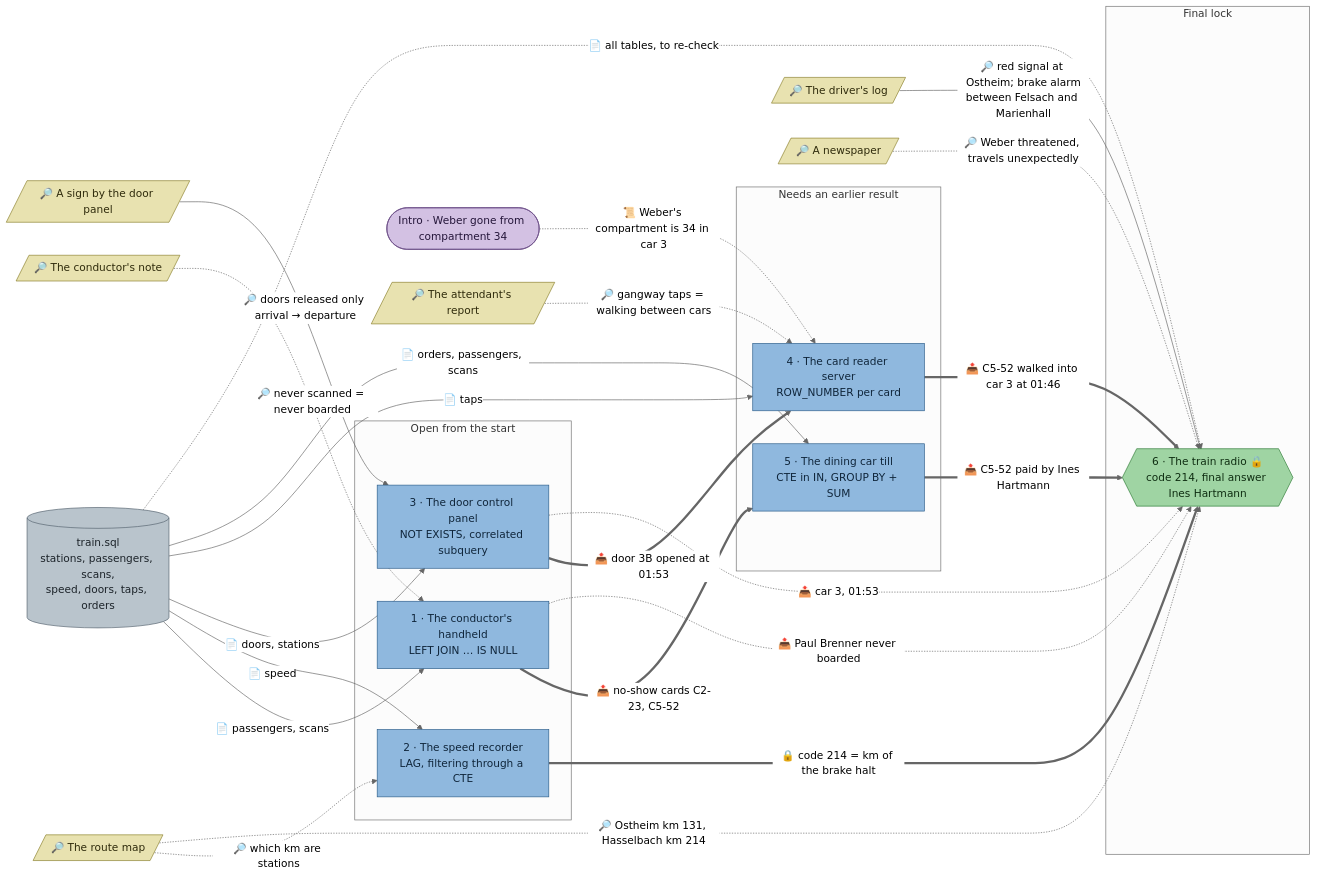
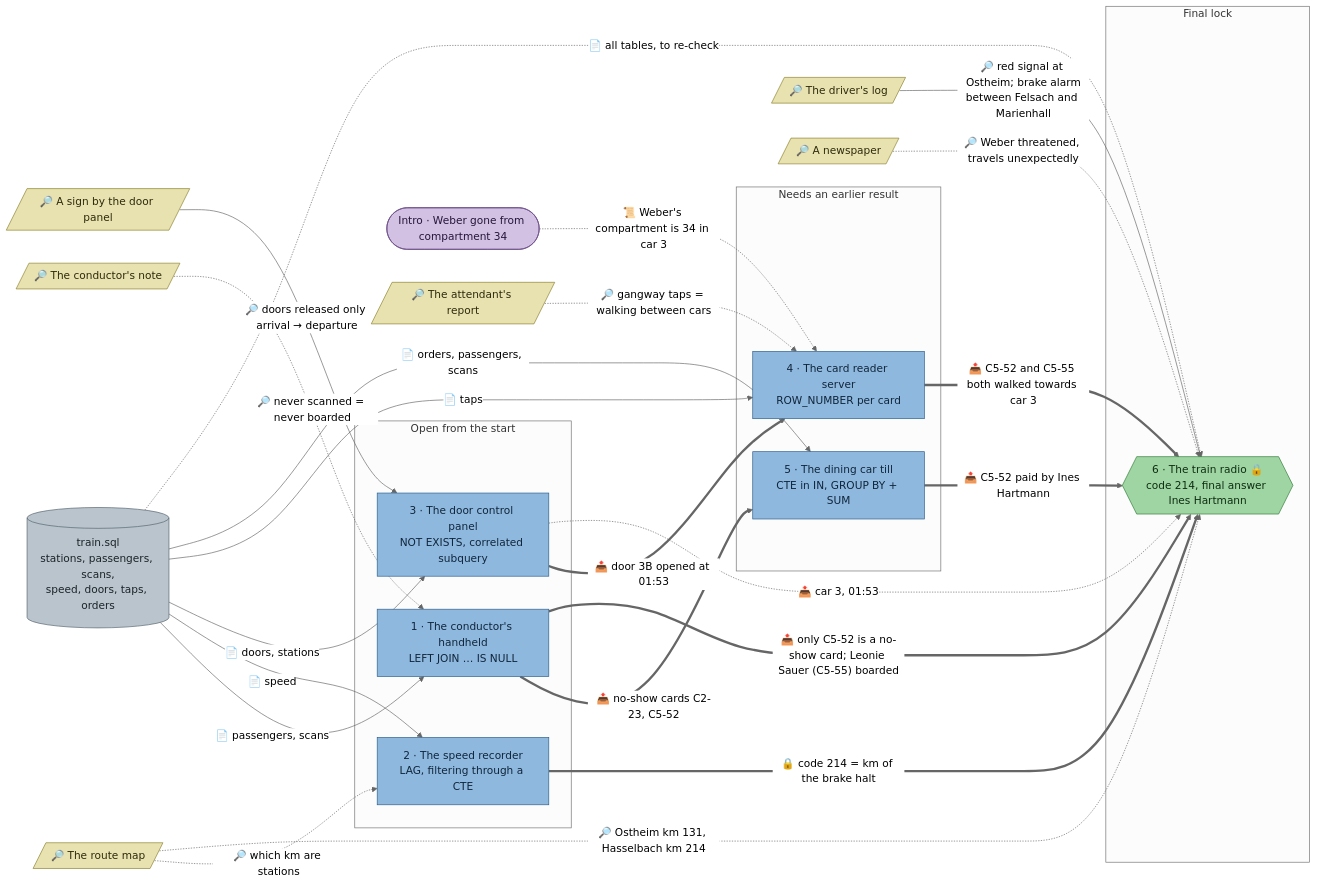
One commit to mhoffmann-wbs/DataScienceEscapeRooms changed the diagram in docs/flows/sql-train.md. Above: the diagram before and after it, drawn with Mermaid (neutral theme). The commit also changed other lines of this file and 7 other files, not shown here.

````diff
--- a/docs/flows/sql-train.md
+++ b/docs/flows/sql-train.md
@@ -5,65 +5,65 @@
 ```mermaid
 flowchart LR
   intro(["Intro · Weber gone from compartment 34"])
 
   conductornote[/"🔎 The conductor's note"/]
   routemap[/"🔎 The route map"/]
   doorsign[/"🔎 A sign by the door panel"/]
   attendantreport[/"🔎 The attendant's report"/]
   driverlog[/"🔎 The driver's log"/]
   newspaper[/"🔎 A newspaper"/]
 
   d_train[("train.sql<br/>stations, passengers, scans,<br/>speed, doors, taps, orders")]
 
   subgraph p1["Open from the start"]
     handheld["1 · The conductor's handheld<br/>LEFT JOIN … IS NULL"]
     speed["2 · The speed recorder<br/>LAG, filtering through a CTE"]
     doors["3 · The door control panel<br/>NOT EXISTS, correlated subquery"]
   end
 
   subgraph p2["Needs an earlier result"]
     cards["4 · The card reader server<br/>ROW_NUMBER per card"]
     till["5 · The dining car till<br/>CTE in IN, GROUP BY + SUM"]
   end
 
   subgraph p3["Final lock"]
     radio{{"6 · The train radio 🔒<br/>code 214, final answer Ines Hartmann"}}
   end
 
   d_train -->|"📄 passengers, scans"| handheld
   d_train -->|"📄 speed"| speed
   d_train -->|"📄 doors, stations"| doors
   d_train -->|"📄 taps"| cards
   d_train -->|"📄 orders, passengers, scans"| till
   d_train -.->|"📄 all tables, to re-check"| radio
 
   conductornote -.->|"🔎 never scanned = never boarded"| handheld
   routemap -.->|"🔎 which km are stations"| speed
   doorsign -->|"🔎 doors released only arrival → departure"| doors
   attendantreport -.->|"🔎 gangway taps = walking between cars"| cards
   driverlog -->|"🔎 red signal at Ostheim; brake alarm<br/>between Felsach and Marienhall"| radio
   routemap -.->|"🔎 Ostheim km 131, Hasselbach km 214"| radio
   newspaper -.->|"🔎 Weber threatened, travels unexpectedly"| radio
   intro -.->|"📜 Weber's compartment is 34 in car 3"| cards
 
   doors ==>|"📤 door 3B opened at 01:53"| cards
   handheld ==>|"📤 no-show cards C2-23, C5-52"| till
 
   speed ==>|"🔒 code 214 = km of the brake halt"| radio
-  cards ==>|"📤 C5-52 walked into car 3 at 01:46"| radio
+  cards ==>|"📤 C5-52 and C5-55 both walked towards car 3"| radio
   till ==>|"📤 C5-52 paid by Ines Hartmann"| radio
-  handheld -.->|"📤 Paul Brenner never boarded"| radio
+  handheld ==>|"📤 only C5-52 is a no-show card; Leonie Sauer (C5-55) boarded"| radio
   doors -.->|"📤 car 3, 01:53"| radio
 
   classDef station fill:#8fb8de,stroke:#2b5d8a,color:#10263b
   classDef locked fill:#e0b36a,stroke:#8a5a12,color:#3a2504
   classDef clue fill:#e8e2b0,stroke:#8a7f2b,color:#2e2a0b
   classDef data fill:#b9c4cc,stroke:#55636e,color:#1c2329
   classDef final fill:#9fd4a3,stroke:#2f7a36,color:#0f2e12
   classDef intro fill:#d3c1e3,stroke:#6a4c86,color:#25163a
   class handheld,speed,doors,cards,till station
   class conductornote,routemap,doorsign,attendantreport,driverlog,newspaper clue
   class d_train data
   class radio final
   class intro intro
 ```
````
